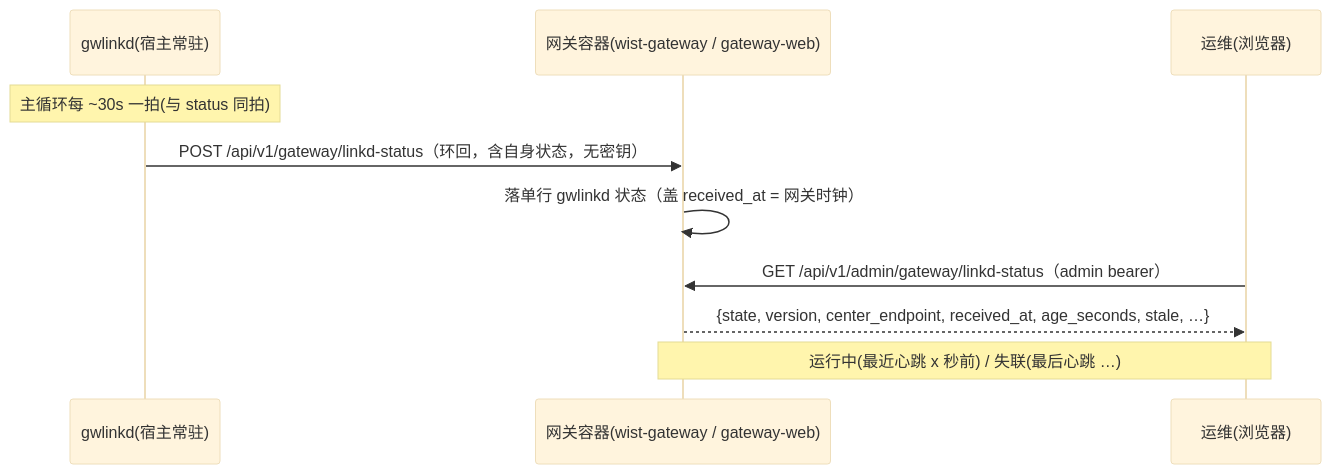
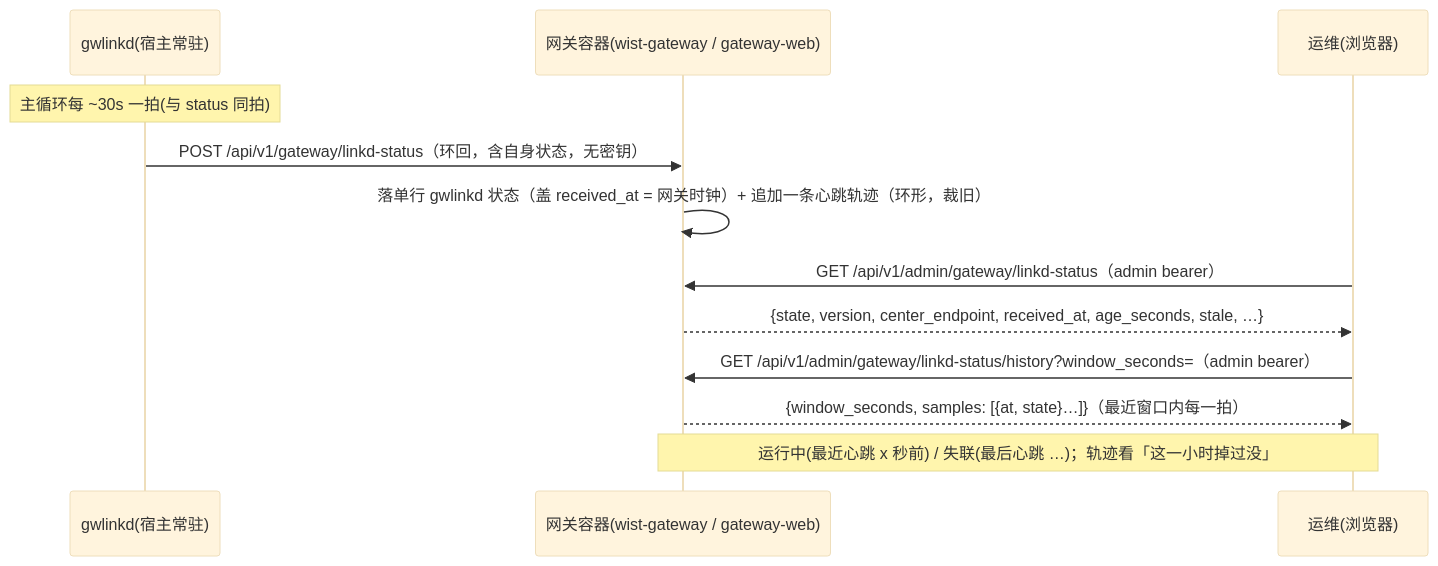
The diagram in doc/design/edge/gateway-linkd-status.md (dayu-sec/wist-design), drawn with Mermaid (base theme) before and after one commit. The commit also changed other lines of this file, not shown here.

First line of the commit message:
design(linkd): 网关心跳/自述状态轨迹 + 状态页两 tab（随 gateway 0.1.26 / gateway-web 0.1.16）

````diff
--- a/doc/design/edge/gateway-linkd-status.md
+++ b/doc/design/edge/gateway-linkd-status.md
@@ -29,13 +29,15 @@
 ```mermaid
 sequenceDiagram
     participant LD as gwlinkd(宿主常驻)
     participant GW as 网关容器(wist-gateway / gateway-web)
     participant OP as 运维(浏览器)
 
     Note over LD: 主循环每 ~30s 一拍(与 status 同拍)
     LD->>GW: POST /api/v1/gateway/linkd-status（环回，含自身状态，无密钥）
-    GW->>GW: 落单行 gwlinkd 状态（盖 received_at = 网关时钟）
+    GW->>GW: 落单行 gwlinkd 状态（盖 received_at = 网关时钟）+ 追加一条心跳轨迹（环形，裁旧）
     OP->>GW: GET /api/v1/admin/gateway/linkd-status（admin bearer）
     GW-->>OP: {state, version, center_endpoint, received_at, age_seconds, stale, …}
-    Note over OP,GW: 运行中(最近心跳 x 秒前) / 失联(最后心跳 …)
+    OP->>GW: GET /api/v1/admin/gateway/linkd-status/history?window_seconds=（admin bearer）
+    GW-->>OP: {window_seconds, samples: [{at, state}…]}（最近窗口内每一拍）
+    Note over OP,GW: 运行中(最近心跳 x 秒前) / 失联(最后心跳 …)；轨迹看「这一小时掉过没」
 ```
````
